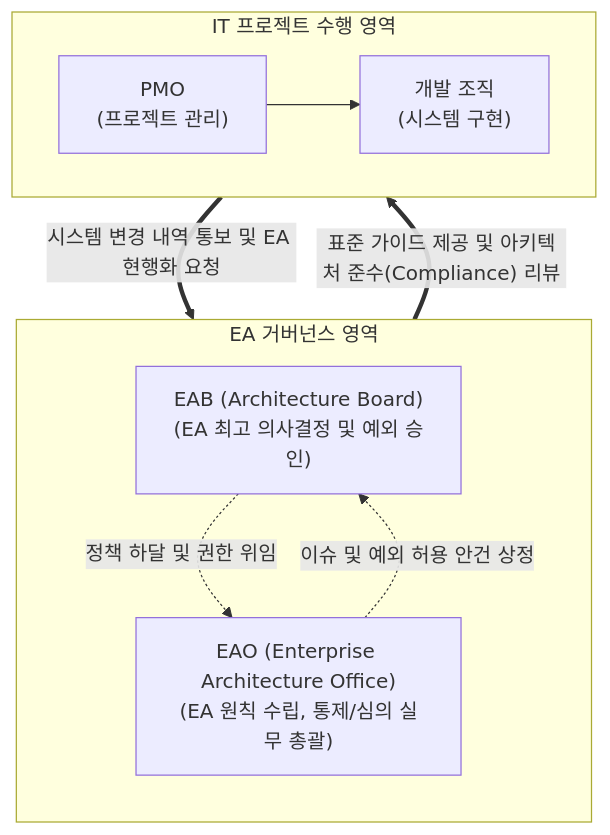
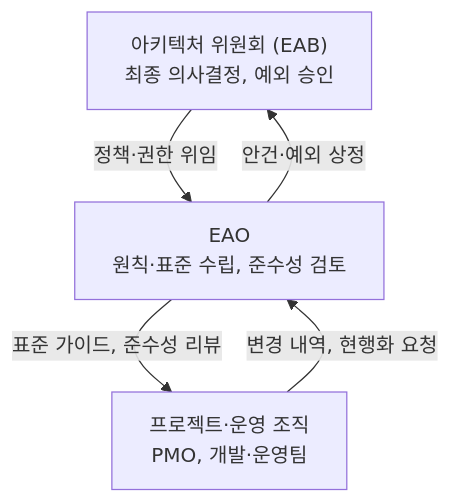
The diagram in content/01_IT Tech/EAO.md (supremethumb/supremethumb.github.io), drawn with Mermaid before and after one commit. The commit also changed other lines of this file and 1087 other files, not shown here.

````diff
--- a/content/01_IT Tech/EAO.md
+++ b/content/01_IT Tech/EAO.md
@@ -27,22 +34,10 @@
 ```mermaid
-flowchart TD
-    subgraph Gov["EA 거버넌스 영역"]
-        direction TB
-        EAB["EAB (Architecture Board)<br/>(EA 최고 의사결정 및 예외 승인)"]
-        EAO["EAO (Enterprise Architecture Office)<br/>(EA 원칙 수립, 통제/심의 실무 총괄)"]
-        
-        EAB -. "정책 하달 및 권한 위임" .-> EAO
-        EAO -. "이슈 및 예외 허용 안건 상정" .-> EAB
-    end
-
-    subgraph Exec["IT 프로젝트 수행 영역"]
-        direction LR
-        PMO["PMO<br/>(프로젝트 관리)"]
-        Dev["개발 조직<br/>(시스템 구현)"]
-        PMO --> Dev
-    end
-
-    EAO == "표준 가이드 제공 및 아키텍처 준수(Compliance) 리뷰" ==> Exec
-    Exec == "시스템 변경 내역 통보 및 EA 현행화 요청" ==> EAO
-
+flowchart TB
+    EAB["아키텍처 위원회 (EAB)<br/>최종 의사결정, 예외 승인"]
+    EAO["EAO<br/>원칙·표준 수립, 준수성 검토"]
+    PRJ["프로젝트·운영 조직<br/>PMO, 개발·운영팀"]
+    EAB -->|"정책·권한 위임"| EAO
+    EAO -->|"안건·예외 상정"| EAB
+    EAO -->|"표준 가이드, 준수성 리뷰"| PRJ
+    PRJ -->|"변경 내역, 현행화 요청"| EAO
 ```
````
